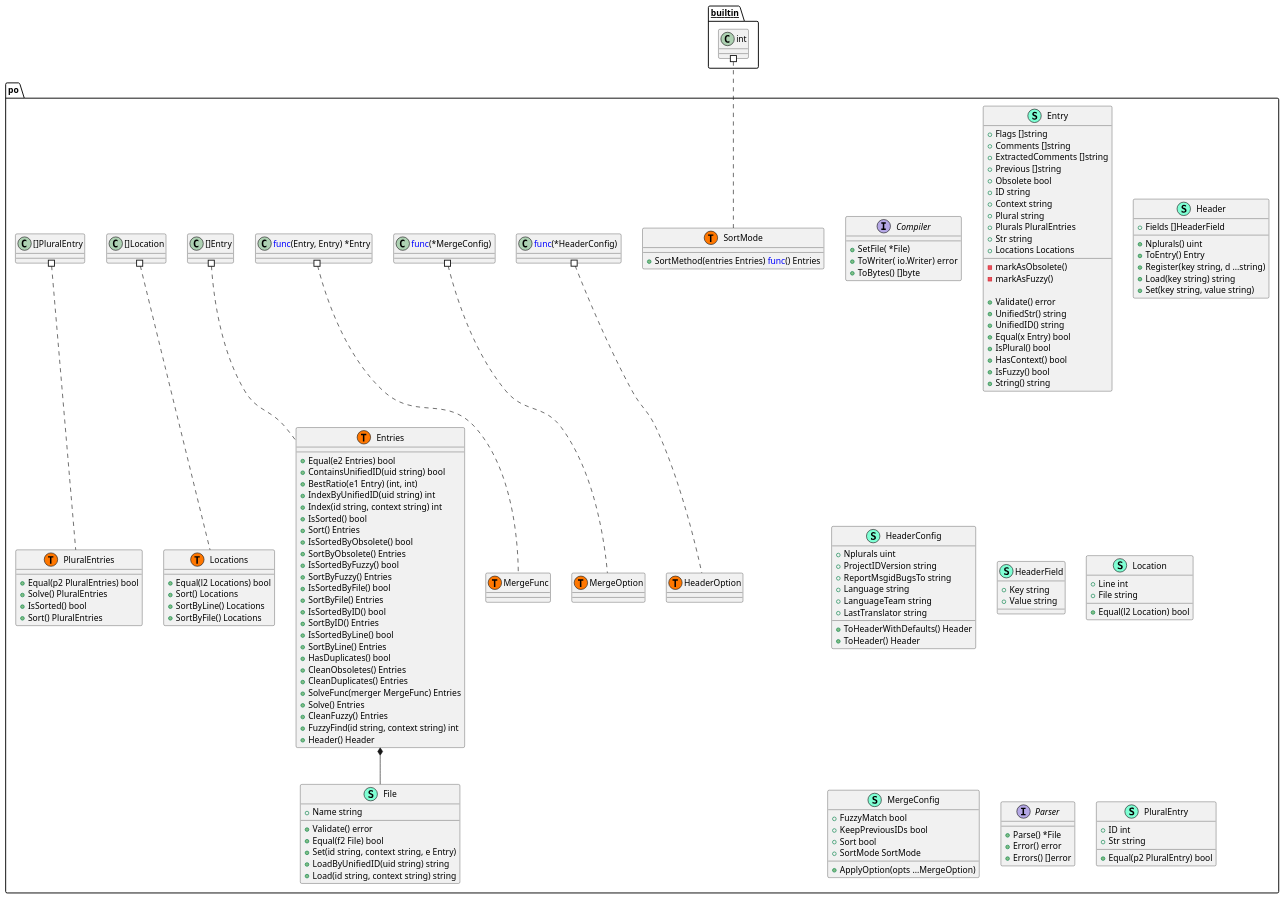
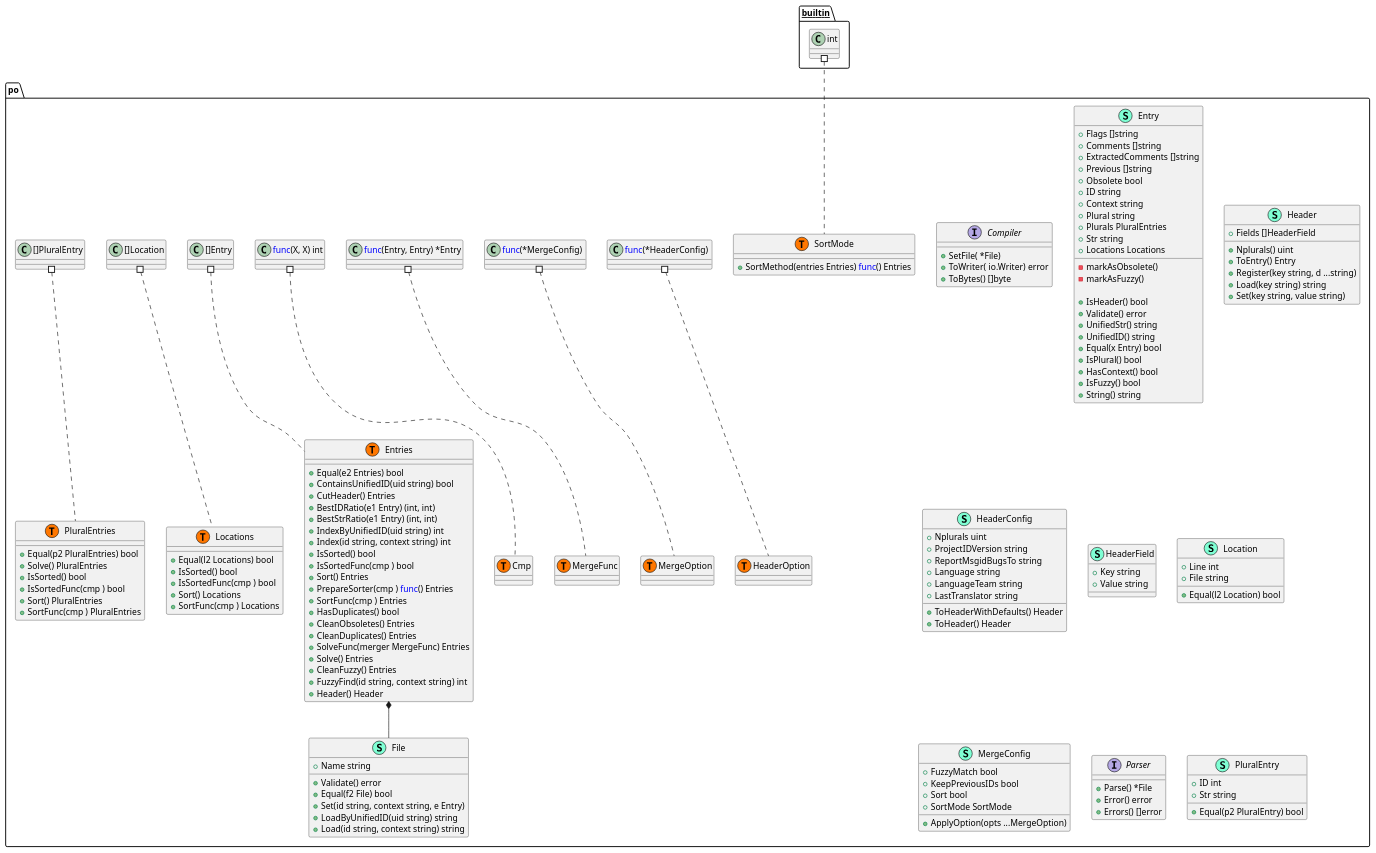
The diagram in pkg/po/structure.puml (Tom5521/gotext-tools), drawn with PlantUML before and after one commit. The commit also changed 2 other files, not shown here.

```diff
--- a/pkg/po/structure.puml
+++ b/pkg/po/structure.puml
@@ -1,172 +1,174 @@
 @startuml
 namespace po {
     interface Compiler  {
         + SetFile( *File) 
         + ToWriter( io.Writer) error
         + ToBytes() []byte
 
     }
     class Entries << (S,Aquamarine) >> {
         + Equal(e2 Entries) bool
         + ContainsUnifiedID(uid string) bool
-        + BestRatio(e1 Entry) (int, int)
+        + CutHeader() Entries
+        + BestIDRatio(e1 Entry) (int, int)
+        + BestStrRatio(e1 Entry) (int, int)
         + IndexByUnifiedID(uid string) int
         + Index(id string, context string) int
         + IsSorted() bool
+        + IsSortedFunc(cmp ) bool
         + Sort() Entries
-        + IsSortedByObsolete() bool
-        + SortByObsolete() Entries
-        + IsSortedByFuzzy() bool
-        + SortByFuzzy() Entries
-        + IsSortedByFile() bool
-        + SortByFile() Entries
-        + IsSortedByID() bool
-        + SortByID() Entries
-        + IsSortedByLine() bool
-        + SortByLine() Entries
+        + PrepareSorter(cmp ) <font color=blue>func</font>() Entries
+        + SortFunc(cmp ) Entries
         + HasDuplicates() bool
         + CleanObsoletes() Entries
         + CleanDuplicates() Entries
         + SolveFunc(merger MergeFunc) Entries
         + Solve() Entries
         + CleanFuzzy() Entries
         + FuzzyFind(id string, context string) int
         + Header() Header
 
     }
     class Entry << (S,Aquamarine) >> {
         + Flags []string
         + Comments []string
         + ExtractedComments []string
         + Previous []string
         + Obsolete bool
         + ID string
         + Context string
         + Plural string
         + Plurals PluralEntries
         + Str string
         + Locations Locations
 
         - markAsObsolete() 
         - markAsFuzzy() 
 
+        + IsHeader() bool
         + Validate() error
         + UnifiedStr() string
         + UnifiedID() string
         + Equal(x Entry) bool
         + IsPlural() bool
         + HasContext() bool
         + IsFuzzy() bool
         + String() string
 
     }
     class File << (S,Aquamarine) >> {
         + Name string
 
         + Validate() error
         + Equal(f2 File) bool
         + Set(id string, context string, e Entry) 
         + LoadByUnifiedID(uid string) string
         + Load(id string, context string) string
 
     }
     class Header << (S,Aquamarine) >> {
         + Fields []HeaderField
 
         + Nplurals() uint
         + ToEntry() Entry
         + Register(key string, d ...string) 
         + Load(key string) string
         + Set(key string, value string) 
 
     }
     class HeaderConfig << (S,Aquamarine) >> {
         + Nplurals uint
         + ProjectIDVersion string
         + ReportMsgidBugsTo string
         + Language string
         + LanguageTeam string
         + LastTranslator string
 
         + ToHeaderWithDefaults() Header
         + ToHeader() Header
 
     }
     class HeaderField << (S,Aquamarine) >> {
         + Key string
         + Value string
 
     }
     class Location << (S,Aquamarine) >> {
         + Line int
         + File string
 
         + Equal(l2 Location) bool
 
     }
     class Locations << (S,Aquamarine) >> {
         + Equal(l2 Locations) bool
+        + IsSorted() bool
+        + IsSortedFunc(cmp ) bool
         + Sort() Locations
-        + SortByLine() Locations
-        + SortByFile() Locations
+        + SortFunc(cmp ) Locations
 
     }
     class MergeConfig << (S,Aquamarine) >> {
         + FuzzyMatch bool
         + KeepPreviousIDs bool
         + Sort bool
         + SortMode SortMode
 
         + ApplyOption(opts ...MergeOption) 
 
     }
     interface Parser  {
         + Parse() *File
         + Error() error
         + Errors() []error
 
     }
     class PluralEntries << (S,Aquamarine) >> {
         + Equal(p2 PluralEntries) bool
         + Solve() PluralEntries
         + IsSorted() bool
+        + IsSortedFunc(cmp ) bool
         + Sort() PluralEntries
+        + SortFunc(cmp ) PluralEntries
 
     }
     class PluralEntry << (S,Aquamarine) >> {
         + ID int
         + Str string
 
         + Equal(p2 PluralEntry) bool
 
     }
     class SortMode << (S,Aquamarine) >> {
         + SortMethod(entries Entries) <font color=blue>func</font>() Entries
 
+    }
+    class po.Cmp << (T, #FF7700) >>  {
     }
     class po.Entries << (T, #FF7700) >>  {
     }
     class po.HeaderOption << (T, #FF7700) >>  {
     }
     class po.Locations << (T, #FF7700) >>  {
     }
     class po.MergeFunc << (T, #FF7700) >>  {
     }
     class po.MergeOption << (T, #FF7700) >>  {
     }
     class po.PluralEntries << (T, #FF7700) >>  {
     }
     class po.SortMode << (T, #FF7700) >>  {
     }
 }
 "po.Entries" *-- "po.File"
 
 
 "__builtin__.int" #.. "po.SortMode"
 "po.<font color=blue>func</font>(*HeaderConfig) " #.. "po.HeaderOption"
 "po.<font color=blue>func</font>(*MergeConfig) " #.. "po.MergeOption"
 "po.<font color=blue>func</font>(Entry, Entry) *Entry" #.. "po.MergeFunc"
+"po.<font color=blue>func</font>(X, X) int" #.. "po.Cmp"
 "po.[]Entry" #.. "po.Entries"
 "po.[]Location" #.. "po.Locations"
 "po.[]PluralEntry" #.. "po.PluralEntries"
 @enduml
```
